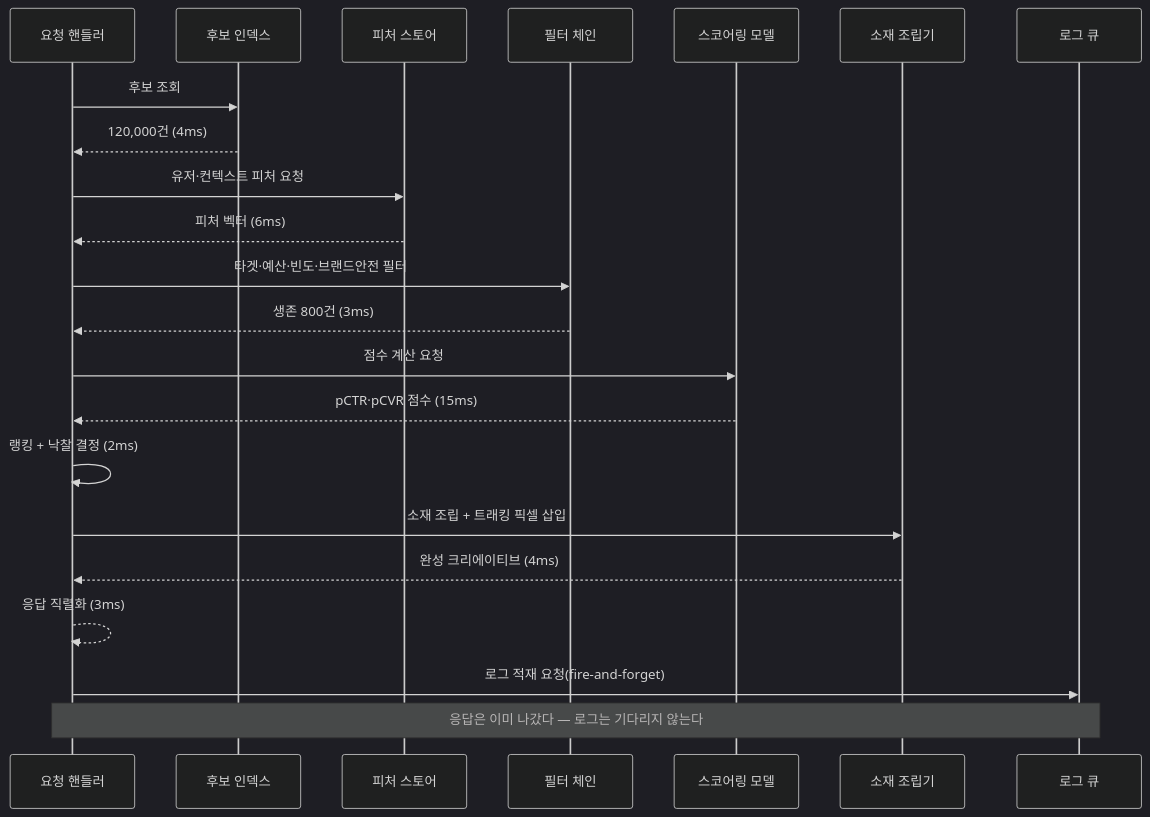
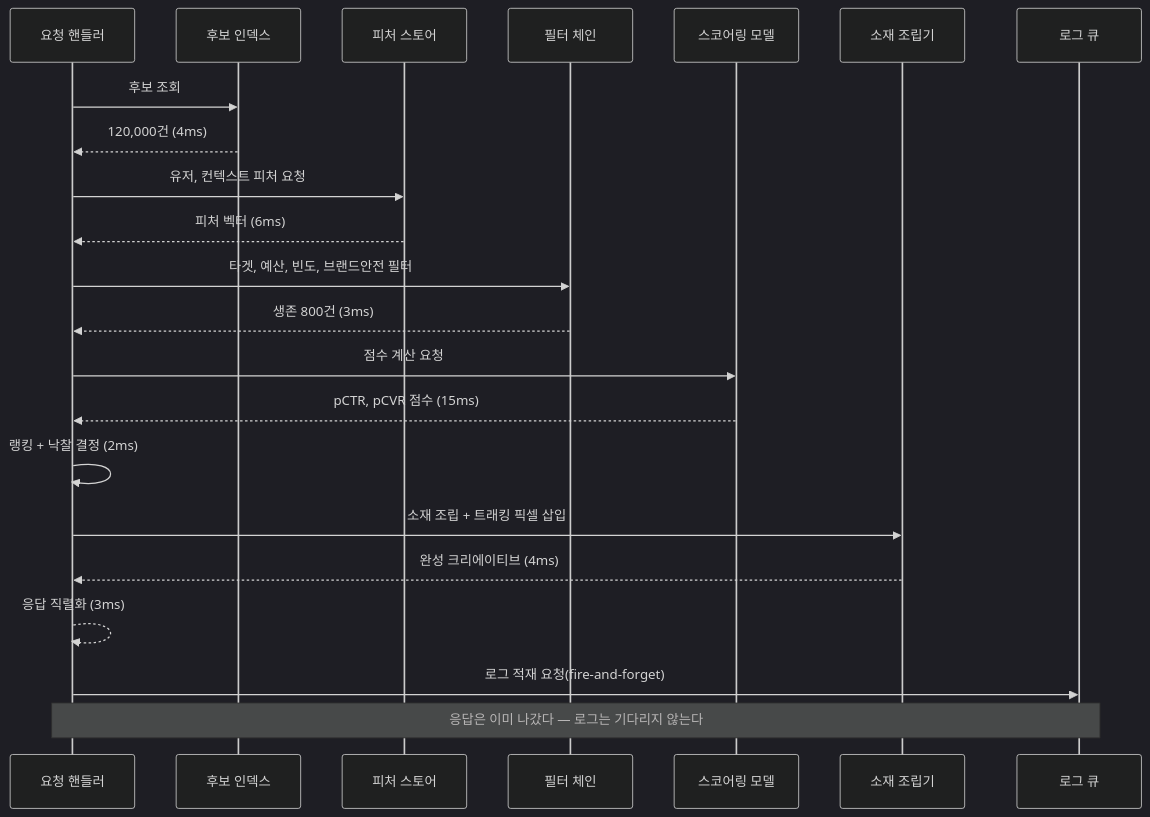
The second of 2 diagrams in posts/ad-serving-flow.md (chkimsu/adtech-blog), drawn with Mermaid (dark theme) before and after one commit. The commit also changed other lines of this file and 25 other files, not shown here.

````diff
--- a/posts/ad-serving-flow.md
+++ b/posts/ad-serving-flow.md
@@ -215,25 +215,25 @@
 ```mermaid
 sequenceDiagram
   participant H as 요청 핸들러
   participant IDX as 후보 인덱스
   participant FS as 피처 스토어
   participant FLT as 필터 체인
   participant M as 스코어링 모델
   participant CR as 소재 조립기
   participant LQ as 로그 큐
 
   H->>IDX: 후보 조회
   IDX-->>H: 120,000건 (4ms)
-  H->>FS: 유저·컨텍스트 피처 요청
+  H->>FS: 유저, 컨텍스트 피처 요청
   FS-->>H: 피처 벡터 (6ms)
-  H->>FLT: 타겟·예산·빈도·브랜드안전 필터
+  H->>FLT: 타겟, 예산, 빈도, 브랜드안전 필터
   FLT-->>H: 생존 800건 (3ms)
   H->>M: 점수 계산 요청
-  M-->>H: pCTR·pCVR 점수 (15ms)
+  M-->>H: pCTR, pCVR 점수 (15ms)
   H->>H: 랭킹 + 낙찰 결정 (2ms)
   H->>CR: 소재 조립 + 트래킹 픽셀 삽입
   CR-->>H: 완성 크리에이티브 (4ms)
   H-->>H: 응답 직렬화 (3ms)
   H->>LQ: 로그 적재 요청(fire-and-forget)
   Note over H,LQ: 응답은 이미 나갔다 — 로그는 기다리지 않는다
 ```
````
